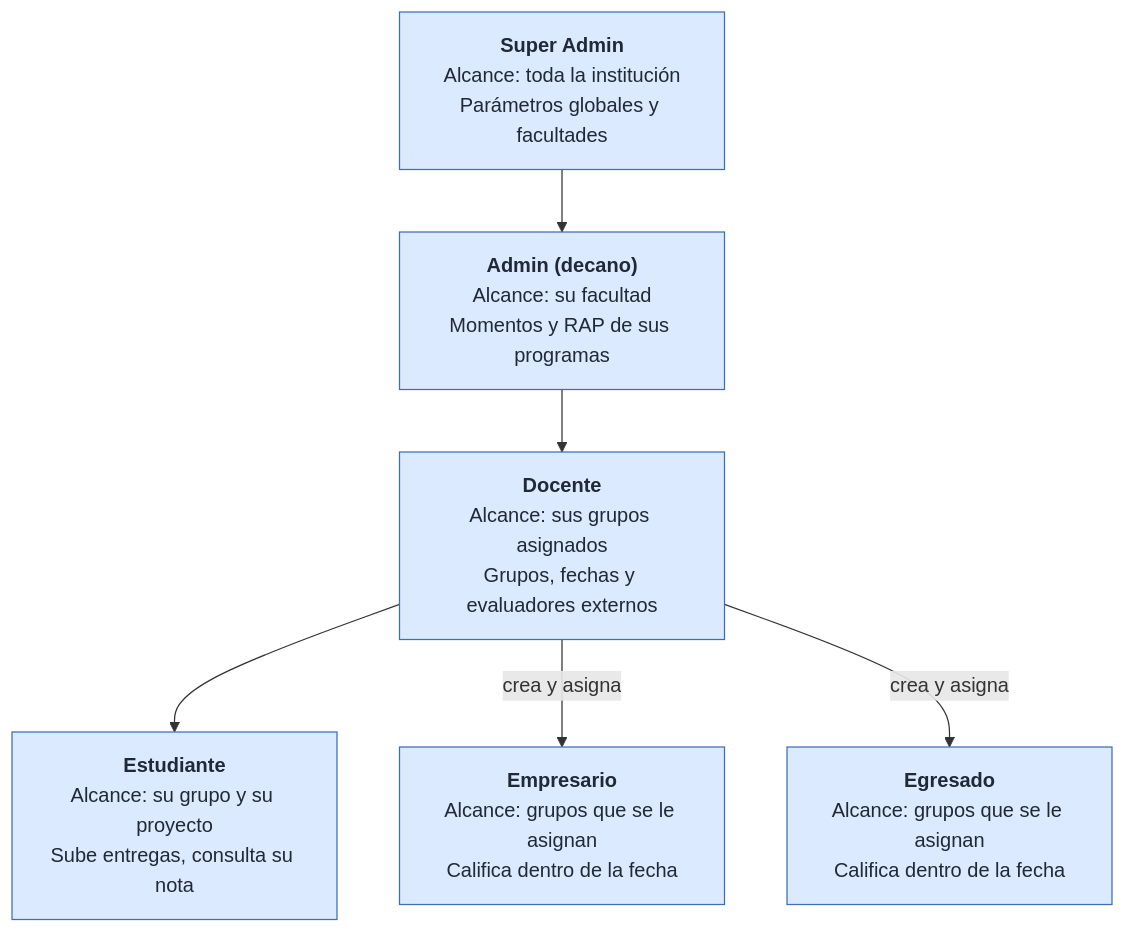
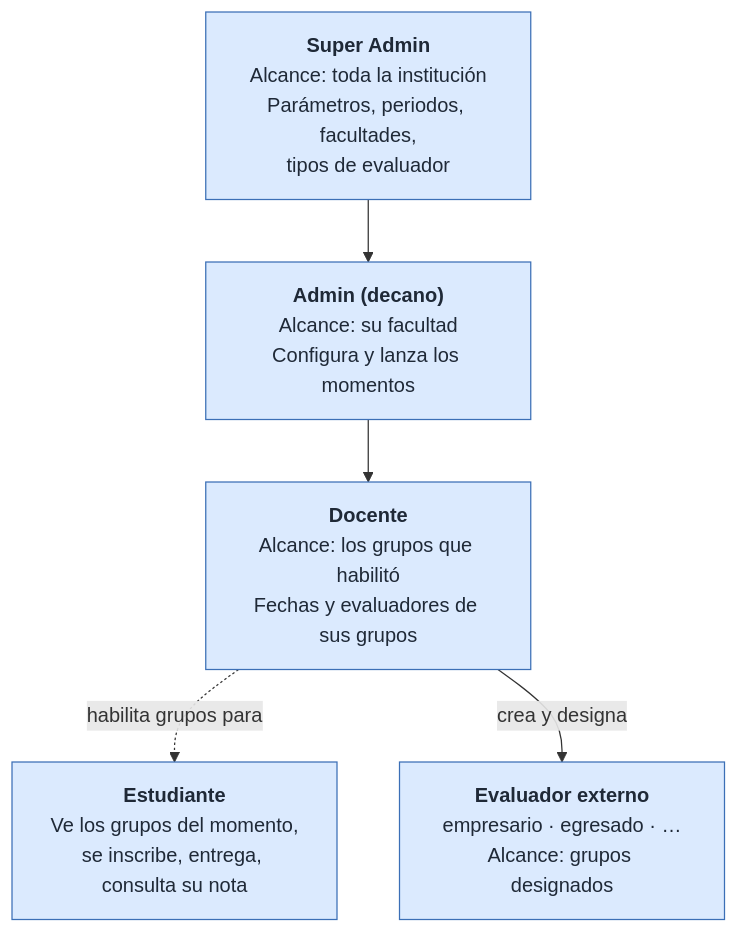
One commit to Oskarsito7/SIERAP changed the fifth of 6 diagrams in docs/diagramas/diagrama_jerarquias.md. Above: the diagram before and after it, drawn with Mermaid. The commit also changed other lines of this file and 11 other files, not shown here.

First line of the commit message:
docs: rediseno del modelo segun el flujo de un momento

````diff
--- a/docs/diagramas/diagrama_jerarquias.md
+++ b/docs/diagramas/diagrama_jerarquias.md
@@ -171,17 +173,15 @@
 ```mermaid
 flowchart TD
-  SA["<b>Super Admin</b><br/>Alcance: toda la institución<br/>Parámetros globales y facultades"]
-  AD["<b>Admin (decano)</b><br/>Alcance: su facultad<br/>Momentos y RAP de sus programas"]
-  DC["<b>Docente</b><br/>Alcance: sus grupos asignados<br/>Grupos, fechas y evaluadores externos"]
-  ES["<b>Estudiante</b><br/>Alcance: su grupo y su proyecto<br/>Sube entregas, consulta su nota"]
-  EM["<b>Empresario</b><br/>Alcance: grupos que se le asignan<br/>Califica dentro de la fecha"]
-  EG["<b>Egresado</b><br/>Alcance: grupos que se le asignan<br/>Califica dentro de la fecha"]
+  SA["<b>Super Admin</b><br/>Alcance: toda la institución<br/>Parámetros, periodos, facultades,<br/>tipos de evaluador"]
+  AD["<b>Admin (decano)</b><br/>Alcance: su facultad<br/>Configura y lanza los momentos"]
+  DC["<b>Docente</b><br/>Alcance: los grupos que habilitó<br/>Fechas y evaluadores de sus grupos"]
+  ES["<b>Estudiante</b><br/>Ve los grupos del momento,<br/>se inscribe, entrega, consulta su nota"]
+  EX["<b>Evaluador externo</b><br/>empresario · egresado · …<br/>Alcance: grupos designados"]
 
   SA --> AD --> DC
-  DC --> ES
-  DC -- crea y asigna --> EM
-  DC -- crea y asigna --> EG
+  DC -. habilita grupos para .-> ES
+  DC -- crea y designa --> EX
 
   classDef rol fill:#DBEAFE,stroke:#3B6FB6,color:#1F2937
-  class SA,AD,DC,ES,EM,EG rol
+  class SA,AD,DC,ES,EX rol
 ```
````
